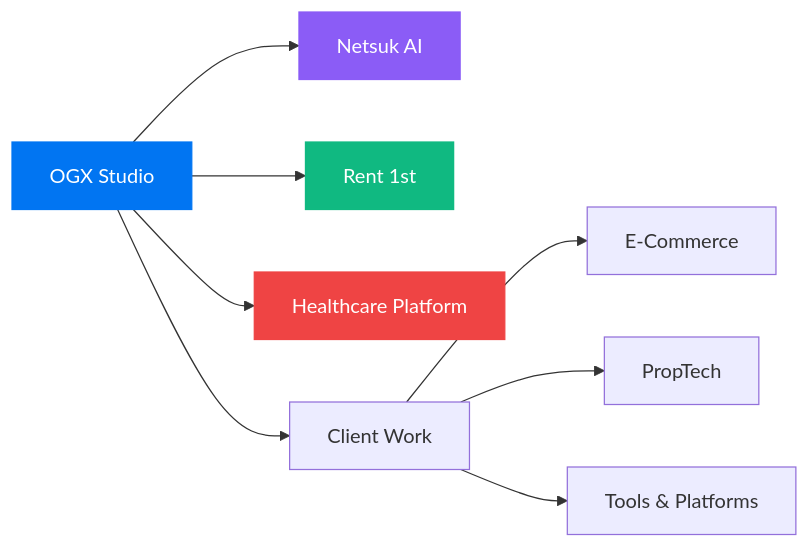
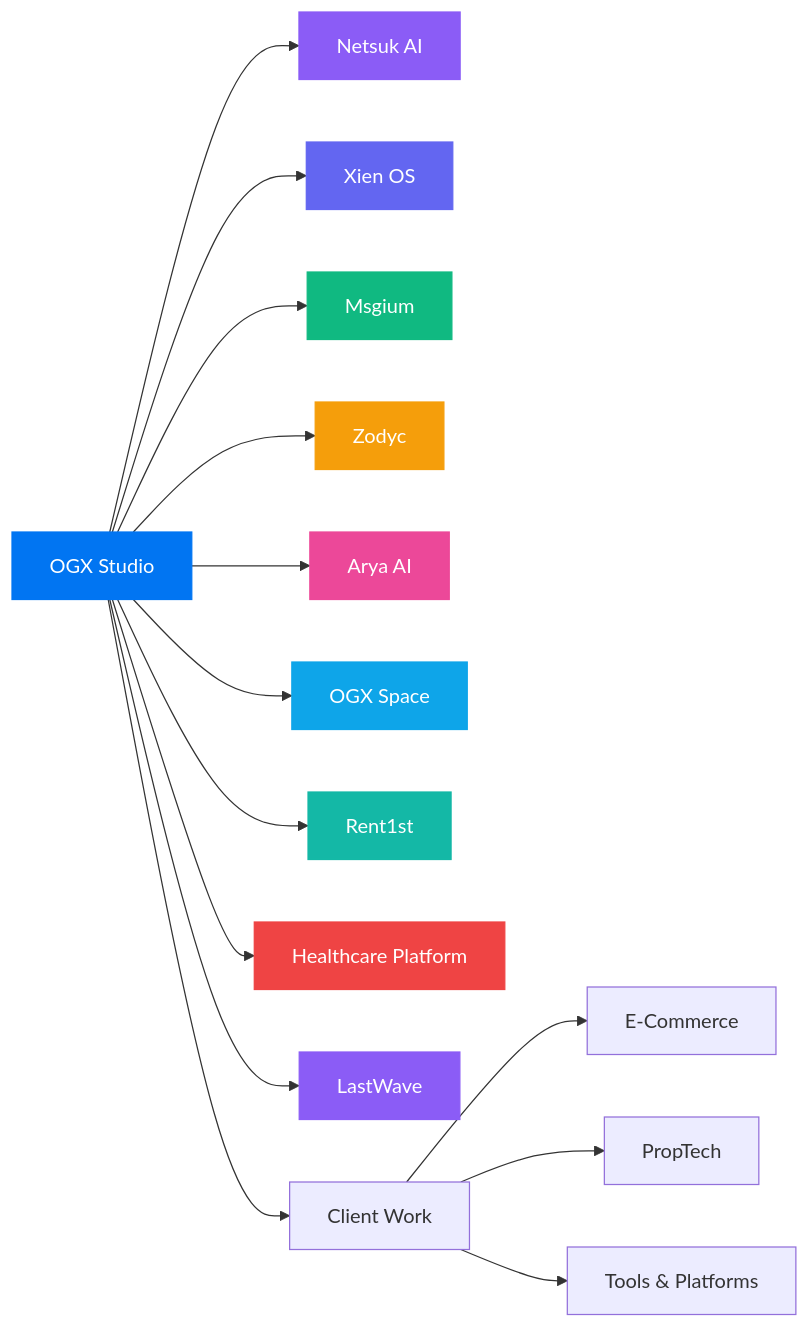
Before and after one commit to shaktixdev/.github: the diagram in profile/README.md, drawn with Mermaid. The commit also changed other lines of this file, not shown here.

````diff
--- a/profile/README.md
+++ b/profile/README.md
@@ -84,16 +86,29 @@
 ```mermaid
 flowchart LR
   S[OGX Studio] --> N[Netsuk AI]
-  S --> R[Rent 1st]
+  S --> X[Xien OS]
+  S --> M[Msgium]
+  S --> Z[Zodyc]
+  S --> A[Arya AI]
+  S --> O[OGX Space]
+
+  S --> R[Rent1st]
   S --> H[Healthcare Platform]
+  S --> L[LastWave]
   S --> C[Client Work]
 
   C --> E[E-Commerce]
   C --> P[PropTech]
   C --> T[Tools & Platforms]
 
   style S fill:#0175F2,stroke:#0175F2,color:#fff
   style N fill:#8B5CF6,stroke:#8B5CF6,color:#fff
-  style R fill:#10B981,stroke:#10B981,color:#fff
+  style X fill:#6366F1,stroke:#6366F1,color:#fff
+  style M fill:#10B981,stroke:#10B981,color:#fff
+  style Z fill:#F59E0B,stroke:#F59E0B,color:#fff
+  style A fill:#EC4899,stroke:#EC4899,color:#fff
+  style O fill:#0EA5E9,stroke:#0EA5E9,color:#fff
+  style R fill:#14B8A6,stroke:#14B8A6,color:#fff
   style H fill:#EF4444,stroke:#EF4444,color:#fff
+  style L fill:#8B5CF6,stroke:#8B5CF6,color:#fff
 ```
````
